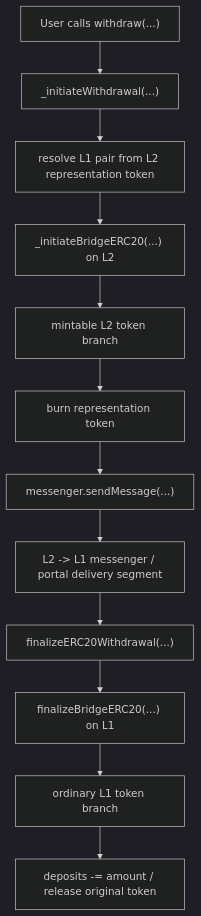
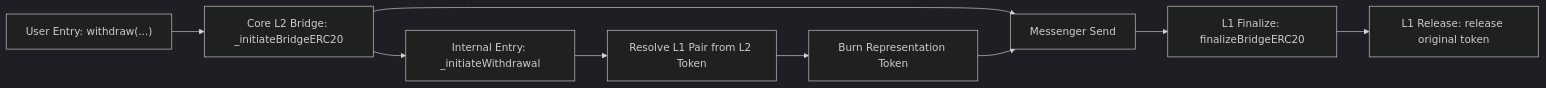
One commit to Sera5im/Sera5im-op-erc20-bridge-review-en changed the diagram in withdraw-review.md. Above: the diagram before and after it, drawn with Mermaid (dark theme).

Commit message:
Simplify withdraw flow diagram

````diff
--- a/withdraw-review.md
+++ b/withdraw-review.md
@@ -5,14 +5,12 @@
 ```mermaid
-flowchart TD
-    A["User calls withdraw(...)"] --> B["_initiateWithdrawal(...)"]
-    B --> C["resolve L1 pair from L2 representation token"]
-    C --> D["_initiateBridgeERC20(...) on L2"]
-    D --> E["mintable L2 token branch"]
-    E --> F["burn representation token"]
-    F --> G["messenger.sendMessage(...)"]
-    G --> H["L2 -> L1 messenger / portal delivery segment"]
-    H --> I["finalizeERC20Withdrawal(...)"]
-    I --> J["finalizeBridgeERC20(...) on L1"]
-    J --> K["ordinary L1 token branch"]
-    K --> L["deposits -= amount / release original token"]
+flowchart LR
+    A["User Entry: withdraw(...)"] --> B["Core L2 Bridge: _initiateBridgeERC20"]
+    B --> C["Messenger Send"]
+    C --> D["L1 Finalize: finalizeBridgeERC20"]
+    D --> E["L1 Release: release original token"]
+
+    B --> B1["Internal Entry: _initiateWithdrawal"]
+    B1 --> B2["Resolve L1 Pair from L2 Token"]
+    B2 --> B3["Burn Representation Token"]
+    B3 --> C
 ```
````
